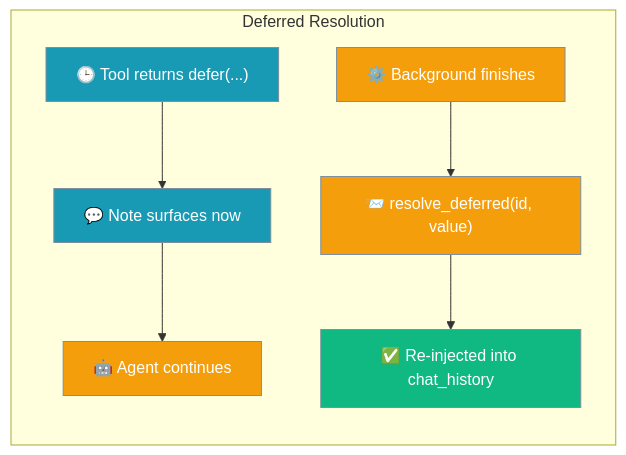
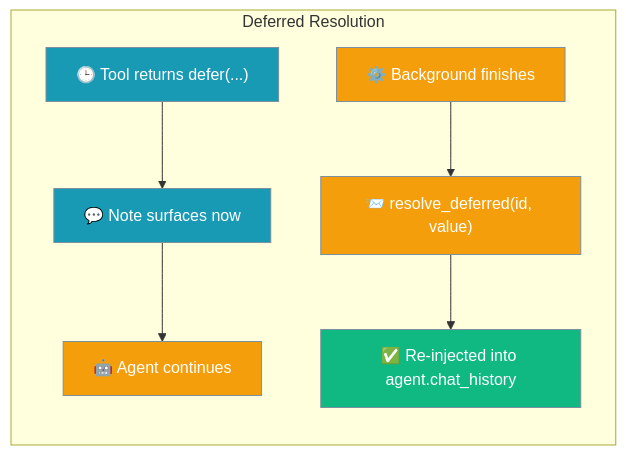
The fourth of 5 diagrams in docs/features/deferred-and-progress-tools.mdx (MervinPraison/PraisonAIDocs), drawn with Mermaid before and after one commit. The commit also changed other lines of this file and 3 other files, not shown here.

````diff
--- a/docs/features/deferred-and-progress-tools.mdx
+++ b/docs/features/deferred-and-progress-tools.mdx
@@ -192,17 +196,17 @@
 ```mermaid
 graph LR
     subgraph "Deferred Resolution"
         Tool["🕒 Tool returns defer(...)"] --> Note["💬 Note surfaces now"]
         Note --> Continue["🤖 Agent continues"]
         BG["⚙️ Background finishes"] --> Resolve["📨 resolve_deferred(id, value)"]
-        Resolve --> Inject["✅ Re-injected into chat_history"]
+        Resolve --> Inject["✅ Re-injected into agent.chat_history"]
     end
 
     classDef defer fill:#189AB4,stroke:#7C90A0,color:#fff
     classDef process fill:#F59E0B,stroke:#7C90A0,color:#fff
     classDef result fill:#10B981,stroke:#7C90A0,color:#fff
 
     class Tool,Note defer
     class Continue,BG,Resolve process
     class Inject result
 ```
````
